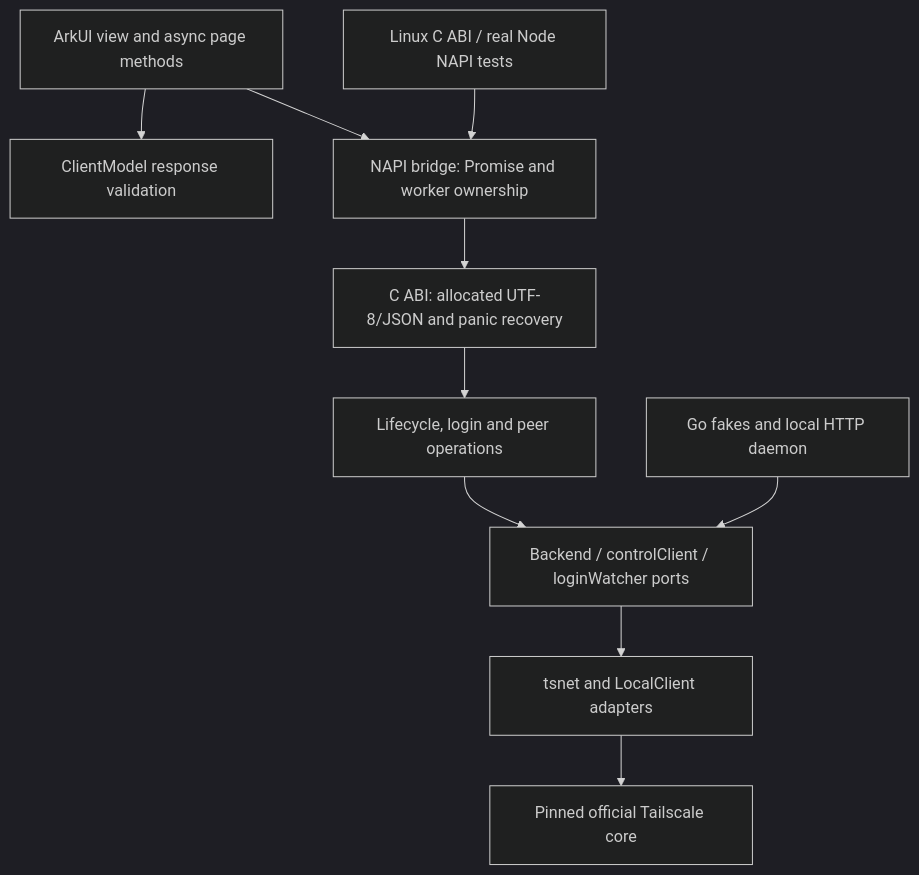
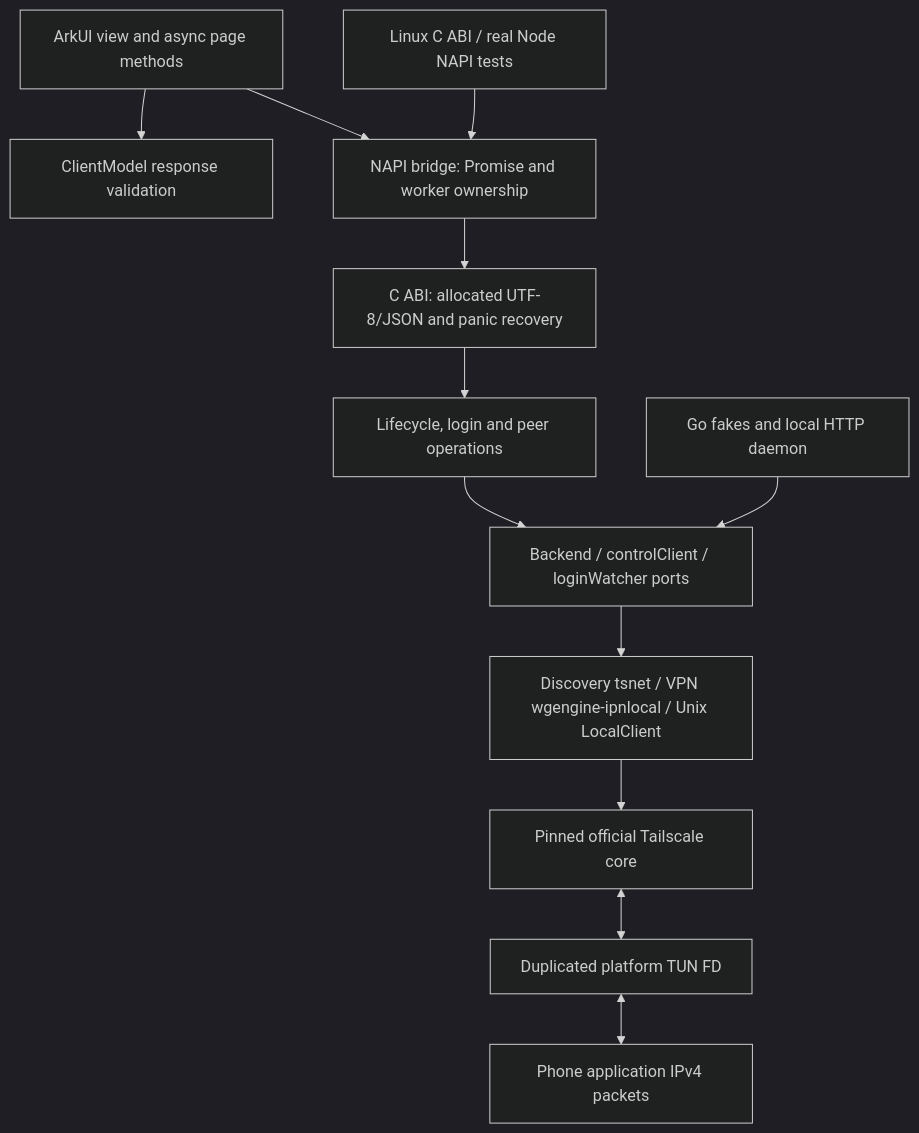
The diagram in docs/architecture.md (iltie165/harmony-tailscale), drawn with Mermaid (dark theme) before and after one commit. The commit also changed other lines of this file and 32 other files, not shown here.

Commit message:
feat: integrate system Tailnet IPv4 VPN and main connection toggle

````diff
--- a/docs/architecture.md
+++ b/docs/architecture.md
@@ -3,12 +3,14 @@
 ```mermaid
 flowchart TD
   UI[ArkUI view and async page methods] --> Model[ClientModel response validation]
   UI --> NAPI[NAPI bridge: Promise and worker ownership]
   NAPI --> ABI[C ABI: allocated UTF-8/JSON and panic recovery]
   ABI --> Ops[Lifecycle, login and peer operations]
   Ops --> Ports[Backend / controlClient / loginWatcher ports]
-  Ports --> Adapter[tsnet and LocalClient adapters]
+  Ports --> Adapter[Discovery tsnet / VPN wgengine-ipnlocal / Unix LocalClient]
   Adapter --> TS[Pinned official Tailscale core]
+  TS <--> FD[Duplicated platform TUN FD]
+  FD <--> OS[Phone application IPv4 packets]
   Tests[Go fakes and local HTTP daemon] --> Ports
   Host[Linux C ABI / real Node NAPI tests] --> NAPI
 ```
````
